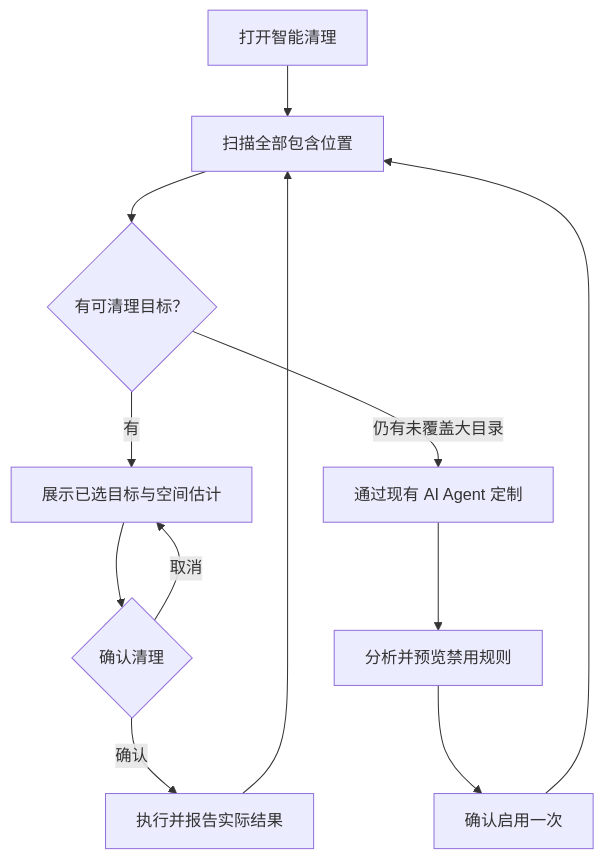
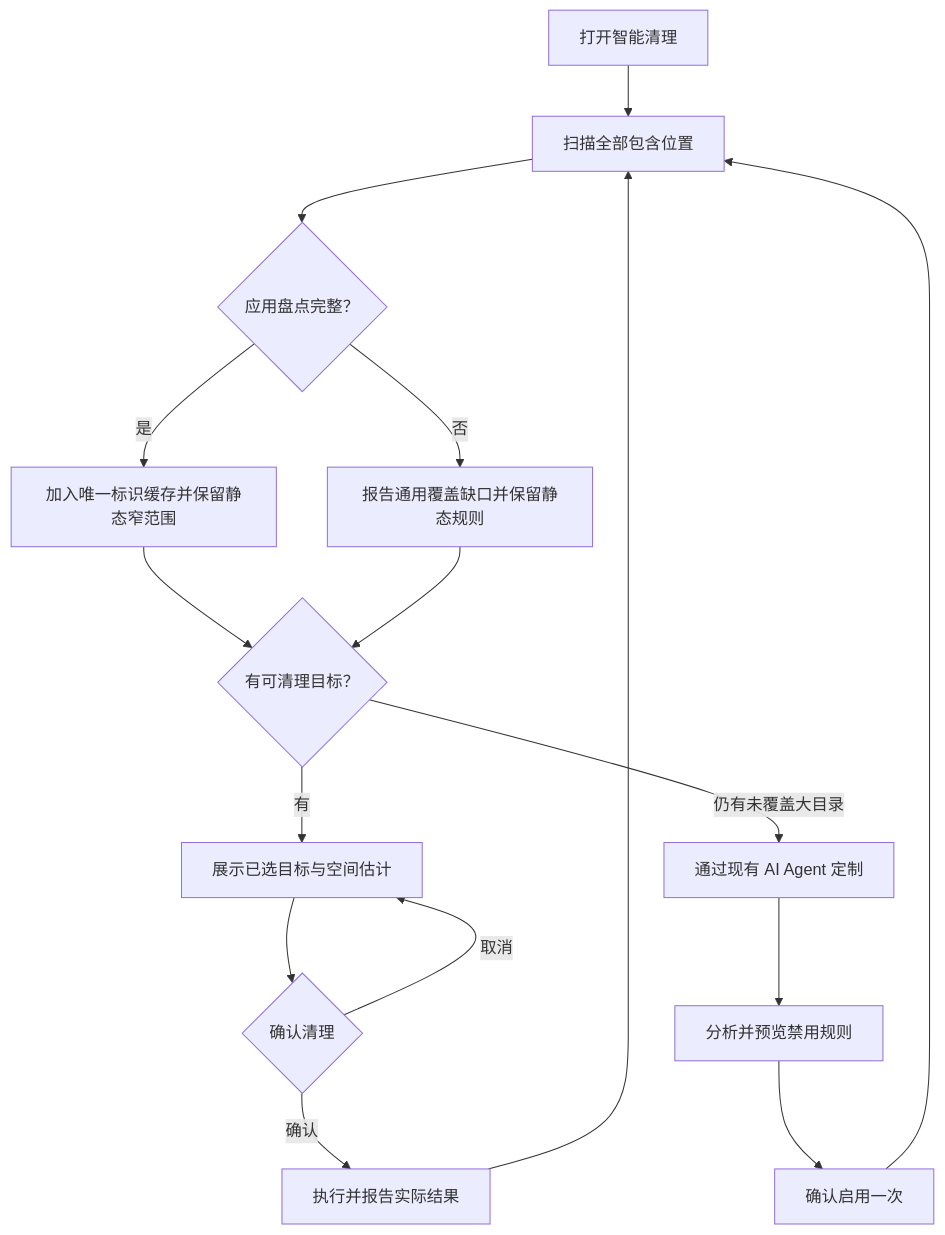
The second of 3 diagrams in docs/zh-CN/product/unified-cleanup.md (limecloud/shou), drawn with Mermaid before and after one commit. The commit also changed other lines of this file and 18 other files, not shown here.

````diff
--- a/docs/zh-CN/product/unified-cleanup.md
+++ b/docs/zh-CN/product/unified-cleanup.md
@@ -53,14 +63,19 @@
 ```mermaid
 flowchart TD
   Open[打开智能清理] --> Scan[扫描全部包含位置]
-  Scan --> Found{有可清理目标？}
+  Scan --> Ownership{应用盘点完整？}
+  Ownership -->|是| Exact[加入唯一标识缓存并保留静态窄范围]
+  Ownership -->|否| Gap[报告通用覆盖缺口并保留静态规则]
+  Exact --> Found
+  Gap --> Found
+  Found{有可清理目标？}
   Found -->|有| Review[展示已选目标与空间估计]
   Review --> Confirm{确认清理}
   Confirm -->|确认| Run[执行并报告实际结果]
   Confirm -->|取消| Review
   Found -->|仍有未覆盖大目录| Agent[通过现有 AI Agent 定制]
   Agent --> Draft[分析并预览禁用规则]
   Draft --> Enable[确认启用一次]
   Enable --> Scan
   Run --> Scan
 ```
````
